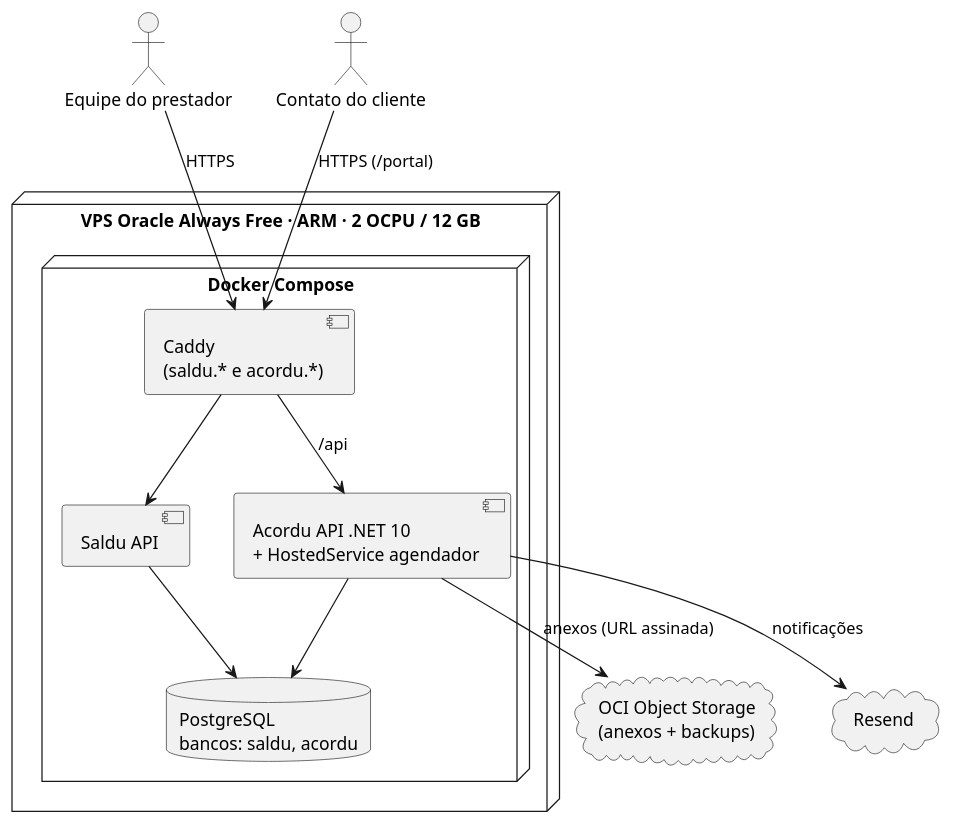
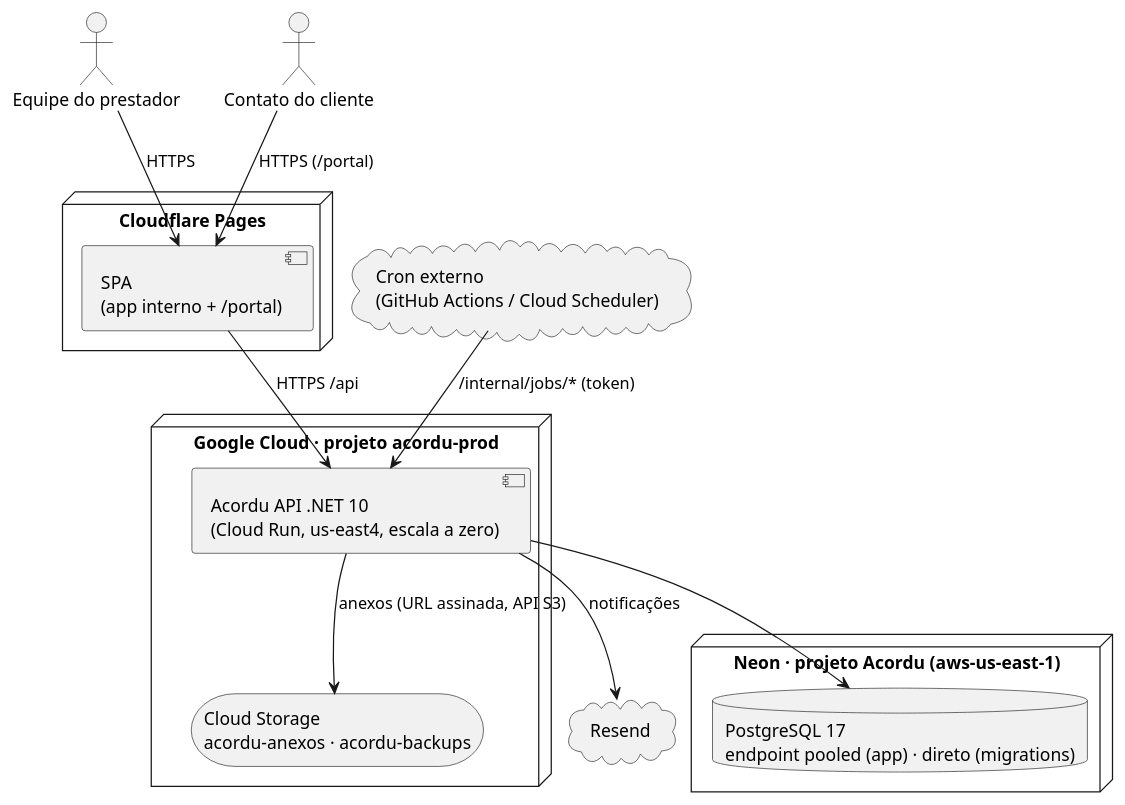
One commit to dansantxs/Acordu changed the third of 4 diagrams in docs/ers/ERS-acordu-v1.md. Above: the diagram before and after it, drawn with PlantUML. The commit also changed other lines of this file and 8 other files, not shown here.

First line of the commit message:
docs(infra): atualiza docs para Cloud Run, Neon e Cloudflare Pages

````diff
--- a/docs/ers/ERS-acordu-v1.md
+++ b/docs/ers/ERS-acordu-v1.md
@@ -473,26 +473,29 @@
 ```plantuml
 @startuml
 actor "Equipe do prestador" as eq
 actor "Contato do cliente" as ct
-cloud "OCI Object Storage\n(anexos + backups)" as oss
 cloud "Resend" as mail
+cloud "Cron externo\n(GitHub Actions / Cloud Scheduler)" as cron
 
-node "VPS Oracle Always Free · ARM · 2 OCPU / 12 GB" {
-  node "Docker Compose" {
-    component "Caddy\n(saldu.* e acordu.*)" as caddy
-    component "Acordu API .NET 10\n+ HostedService agendador" as api
-    component "Saldu API" as saldu
-    database "PostgreSQL\nbancos: saldu, acordu" as pg
-  }
+node "Cloudflare Pages" {
+  component "SPA\n(app interno + /portal)" as spa
 }
 
-eq --> caddy : HTTPS
-ct --> caddy : HTTPS (/portal)
-caddy --> api : /api
-caddy --> saldu
+node "Google Cloud · projeto acordu-prod" {
+  component "Acordu API .NET 10\n(Cloud Run, us-east4, escala a zero)" as api
+  storage "Cloud Storage\nacordu-anexos · acordu-backups" as gcs
+}
+
+node "Neon · projeto Acordu (aws-us-east-1)" {
+  database "PostgreSQL 17\nendpoint pooled (app) · direto (migrations)" as pg
+}
+
+eq --> spa : HTTPS
+ct --> spa : HTTPS (/portal)
+spa --> api : HTTPS /api
+cron --> api : /internal/jobs/* (token)
 api --> pg
-saldu --> pg
-api --> oss : anexos (URL assinada)
+api --> gcs : anexos (URL assinada, API S3)
 api --> mail : notificações
 @enduml
 ```
````
